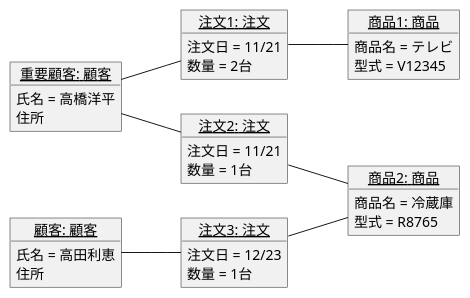
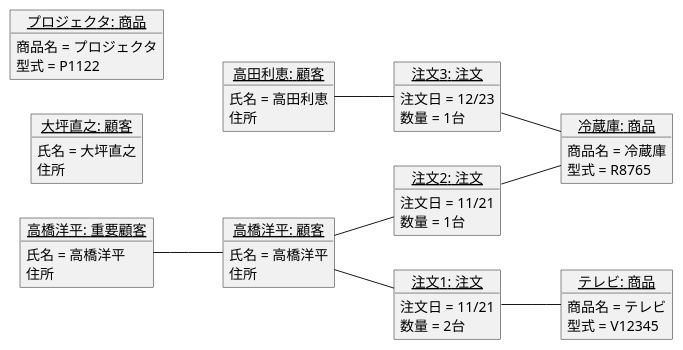
The diagram in 演習3-7_OBJ_注文のオブジェクト図.pu (Takhshi/uml-introduction), drawn with PlantUML before and after one commit. The commit also changed 1 other file, not shown here.

```diff
--- a/演習3-7_OBJ_注文のオブジェクト図.pu
+++ b/演習3-7_OBJ_注文のオブジェクト図.pu
@@ -1,37 +1,50 @@
 @startuml 資格取得のオブジェクト図
 left to right direction
-object "<u>重要顧客: 顧客</u>" as customer1 {
+object "<u>高橋洋平: 顧客</u>" as customer1 {
 氏名 = 高橋洋平
 住所
 }
-object "<u>顧客: 顧客</u>" as customer2 {
+object "<u>高橋洋平: 重要顧客</u>" as customer {
+氏名 = 高橋洋平
+住所
+}
+object "<u>高田利恵: 顧客</u>" as customer2 {
 氏名 = 高田利恵
+住所
+}
+object "<u>大坪直之: 顧客</u>" as customer3 {
+氏名 = 大坪直之
 住所
 }
 object "<u>注文1: 注文</u>" as order1 {
 注文日 = 11/21
 数量 = 2台
 }
 object "<u>注文2: 注文</u>" as order2 {
 注文日 = 11/21
 数量 = 1台
 }
 object "<u>注文3: 注文</u>" as order3 {
 注文日 = 12/23
 数量 = 1台
 }
-object "<u>商品1: 商品</u>" as product1 {
+object "<u>テレビ: 商品</u>" as product1 {
 商品名 = テレビ
 型式 = V12345
 }
-object "<u>商品2: 商品</u>" as product2 {
+object "<u>冷蔵庫: 商品</u>" as product2 {
 商品名 = 冷蔵庫
 型式 = R8765
 }
+object "<u>プロジェクタ: 商品</u>" as product3 {
+商品名 = プロジェクタ
+型式 = P1122
+}
+customer -- customer1
 customer1 -- order1
 order1 -- product1
 customer1 -- order2
 order2 -- product2
 customer2 -- order3
 order3 -- product2
 @enduml
```
